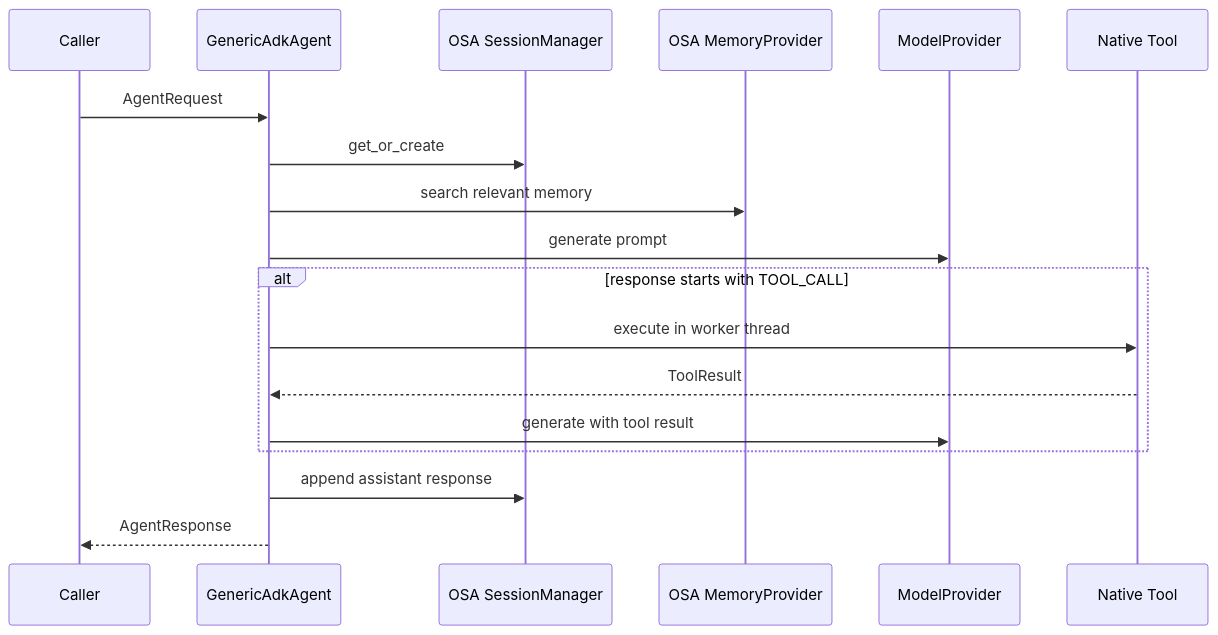
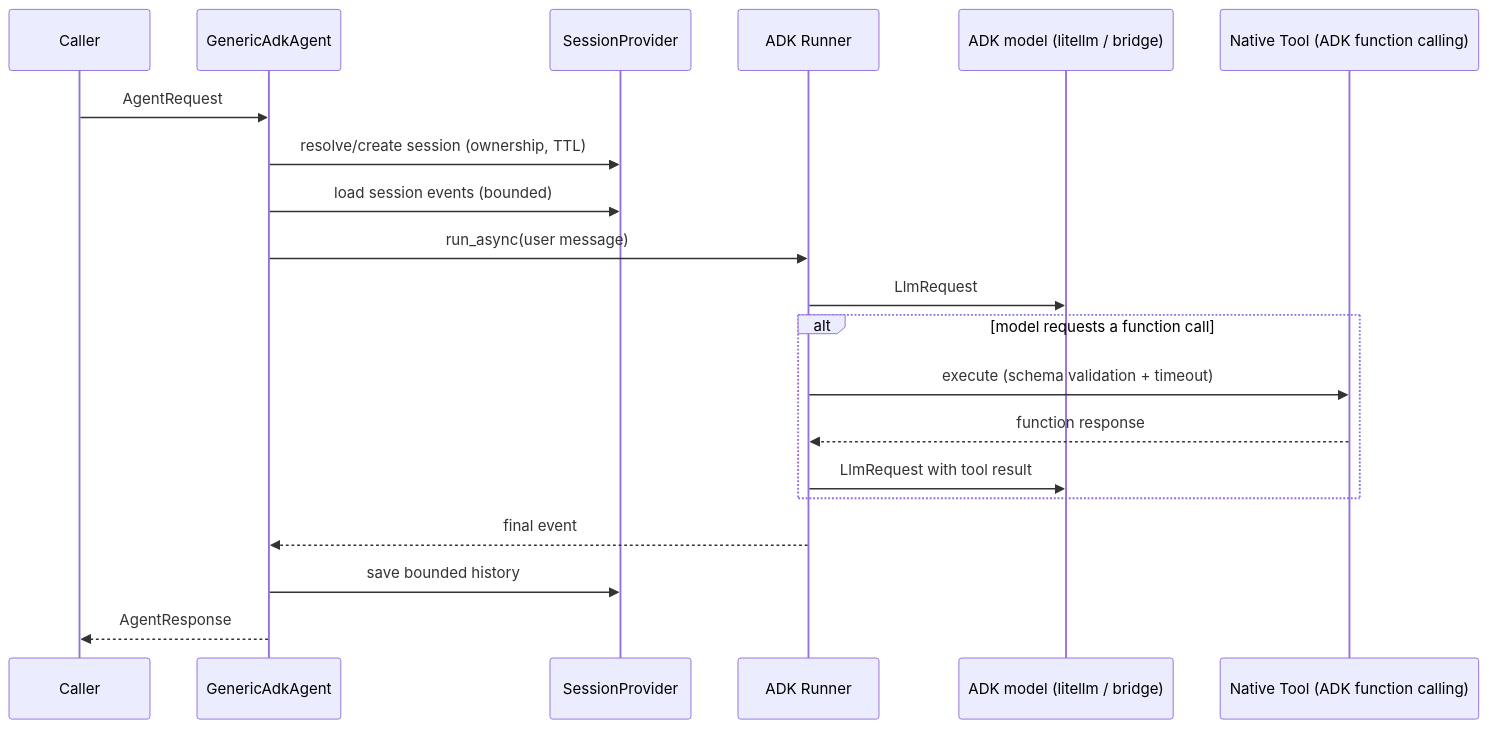
Before and after one commit to bassemZohdy/open-simple-agent: the second of 2 diagrams in docs/ARCHITECTURE.md, drawn with Mermaid. The commit also changed other lines of this file and 47 other files, not shown here.

````diff
--- a/docs/ARCHITECTURE.md
+++ b/docs/ARCHITECTURE.md
@@ -73,21 +80,23 @@
 ```mermaid
 sequenceDiagram
     participant C as Caller
     participant A as GenericAdkAgent
-    participant S as OSA SessionManager
-    participant M as OSA MemoryProvider
-    participant P as ModelProvider
-    participant T as Native Tool
+    participant S as SessionProvider
+    participant R as ADK Runner
+    participant M as ADK model (litellm / bridge)
+    participant T as Native Tool (ADK function calling)
 
     C->>A: AgentRequest
-    A->>S: get_or_create
-    A->>M: search relevant memory
-    A->>P: generate prompt
-    alt response starts with TOOL_CALL
-        A->>T: execute in worker thread
-        T-->>A: ToolResult
-        A->>P: generate with tool result
+    A->>S: resolve/create session (ownership, TTL)
+    A->>S: load session events (bounded)
+    A->>R: run_async(user message)
+    R->>M: LlmRequest
+    alt model requests a function call
+        R->>T: execute (schema validation + timeout)
+        T-->>R: function response
+        R->>M: LlmRequest with tool result
     end
-    A->>S: append assistant response
+    R-->>A: final event
+    A->>S: save bounded history
     A-->>C: AgentResponse
 ```
````
